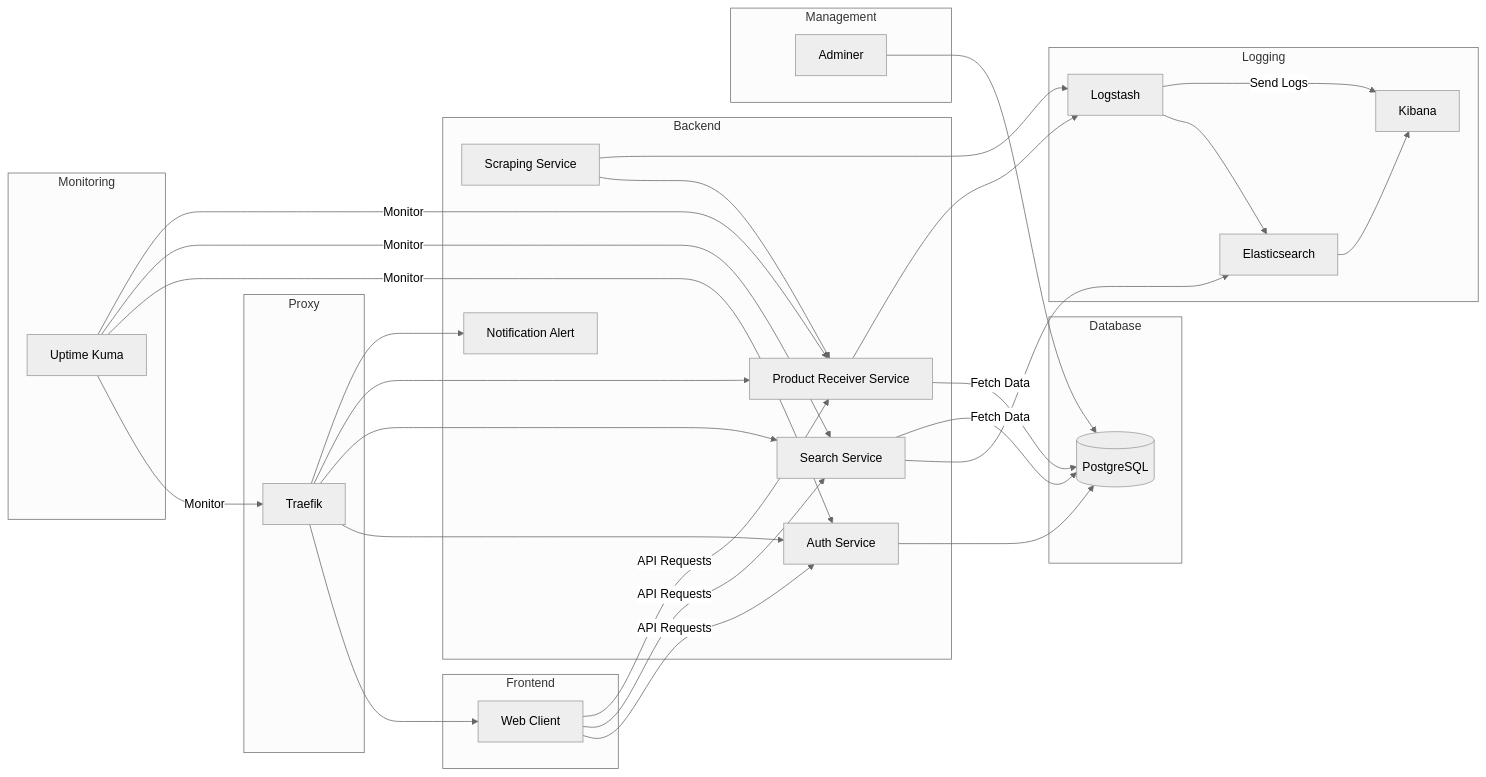
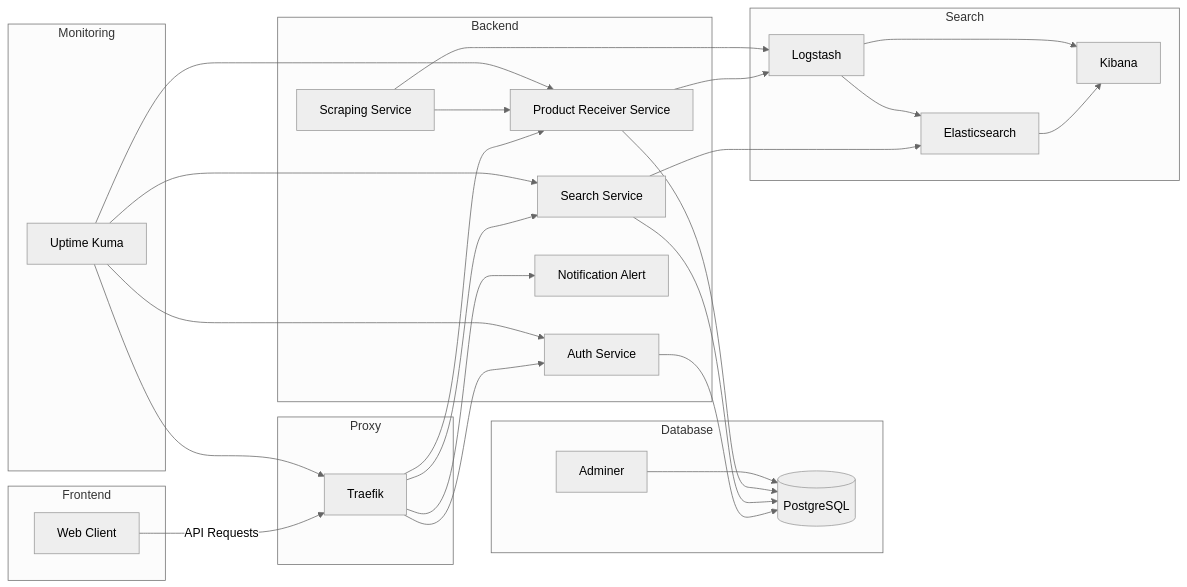
The diagram in README.md (open-liiist/deprecated-open-liiist), drawn with Mermaid (neutral theme) before and after one commit. The commit also changed other lines of this file, not shown here.

````diff
--- a/README.md
+++ b/README.md
@@ -10,68 +9,68 @@
 ```mermaid
 flowchart LR
+    %% Define subgraphs for logical grouping
     subgraph Frontend
         WebClient[Web Client]
+    end
+
+    subgraph Proxy
+        Traefik[Traefik]
     end
 
     subgraph Backend
         AuthService[Auth Service]
         SearchService[Search Service]
         ProductReceiver[Product Receiver Service]
+        NotificationAlert[Notification Alert]
         ScrapingService[Scraping Service]
-        NotificationAlert[Notification Alert]
     end
 
     subgraph Database
         DB[(PostgreSQL)]
+        Adminer[Adminer]
+    end
+
+    subgraph Search
+        Elasticsearch[Elasticsearch]
+        Logstash[Logstash]
+        Kibana[Kibana]
     end
 
     subgraph Monitoring
         UptimeKuma[Uptime Kuma]
     end
 
-    subgraph Logging
-        Logstash[Logstash]
-        Elasticsearch[Elasticsearch]
-        Kibana[Kibana]
-    end
+    %% Frontend to Proxy
+    WebClient -->|API Requests| Traefik
 
-    subgraph Proxy
-        Traefik[Traefik]
-    end
+    %% Proxy to Backend
+    Traefik --> AuthService
+    Traefik --> SearchService
+    Traefik --> ProductReceiver
+    Traefik --> NotificationAlert
 
-    subgraph Management
-        Adminer[Adminer]
-    end
+    %% Backend to Database
+    AuthService --> DB
+    SearchService --> DB
+    ProductReceiver --> DB
+    Adminer --> DB
 
-    %% Frontend Interactions
-    WebClient -->|API Requests| AuthService
-    WebClient -->|API Requests| SearchService
-    WebClient -->|API Requests| ProductReceiver
-
-    %% Backend Interactions
-    AuthService --> DB
+    %% Backend to Search
     SearchService --> Elasticsearch
-    SearchService -->|Fetch Data| DB
-    ProductReceiver -->|Fetch Data| DB
     ProductReceiver --> Logstash
     ScrapingService --> ProductReceiver
     ScrapingService --> Logstash
     Logstash --> Elasticsearch
     Elasticsearch --> Kibana
-    Logstash -->|Send Logs| Kibana
-    Traefik --> WebClient
-    Traefik --> AuthService
-    Traefik --> SearchService
-    Traefik --> ProductReceiver
-    Traefik --> NotificationAlert
 
-    %% Monitoring Interactions
-    UptimeKuma -->|Monitor| Traefik
-    UptimeKuma -->|Monitor| AuthService
-    UptimeKuma -->|Monitor| SearchService
-    UptimeKuma -->|Monitor| ProductReceiver
+    %% Monitoring
+    UptimeKuma --> Traefik
+    UptimeKuma --> AuthService
+    UptimeKuma --> SearchService
+    UptimeKuma --> ProductReceiver
 
-    %% Management Interactions
-    Adminer --> DB
+    %% Logging
+    Logstash --> Kibana
+
 
 ```
````
